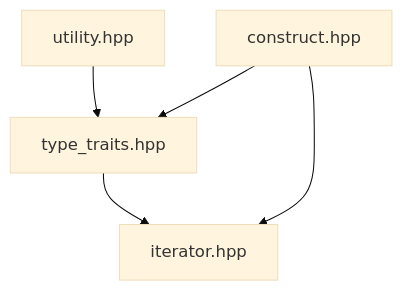
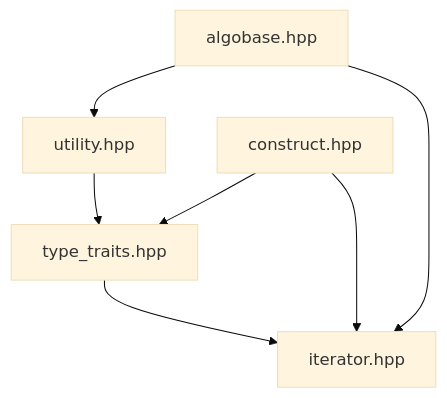
Before and after one commit to LiuYuan-SHU/tiny_stl: the first of 10 diagrams in README.md, drawn with Mermaid (base theme). The commit also changed other lines of this file and 1 other file, not shown here.

Commit message:
algobase.hpp: doc finished

````diff
--- a/README.md
+++ b/README.md
@@ -7,12 +7,14 @@
 ```mermaid
 flowchart TD
 
 iterator[iterator.hpp]
 type_traits[type_traits.hpp]
 utility[utility.hpp]
 construct[construct.hpp]
+algobase[algobase.hpp]
 
 type_traits --> iterator
 utility --> type_traits
 construct --> iterator & type_traits
+algobase --> utility & iterator
 ```
````
